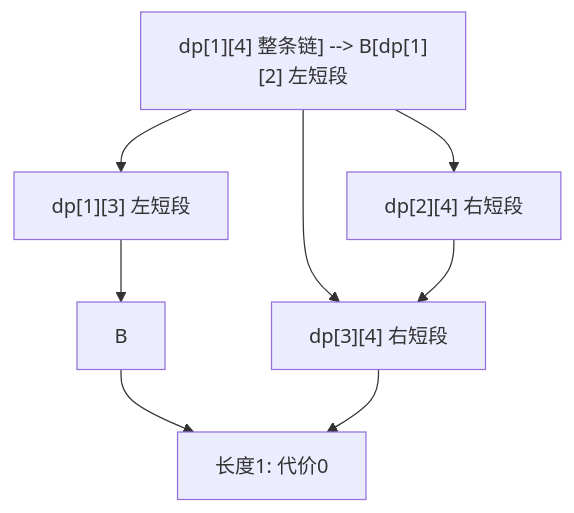
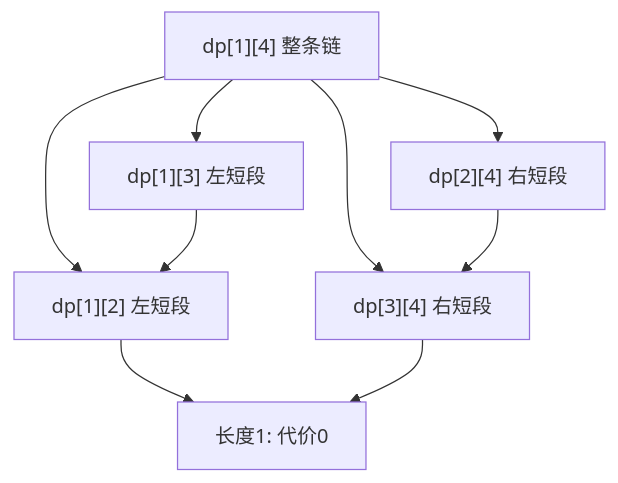
Before and after one commit to xhongduo-tech/xhongduo-tech.github.io: the second of 2 diagrams in docs/cs/interval-dp.md, drawn with Mermaid. The commit also changed 4 other files, not shown here.

````diff
--- a/docs/cs/interval-dp.md
+++ b/docs/cs/interval-dp.md
@@ -51,11 +51,11 @@
 ```mermaid
 flowchart TD
-  A["dp[1][4] 整条链] --> B[dp[1][2] 左短段"]
+  A["dp[1][4] 整条链"] --> B["dp[1][2] 左短段"]
   A --> C["dp[3][4] 右短段"]
   A --> D["dp[1][3] 左短段"]
   A --> E["dp[2][4] 右短段"]
   B --> F["长度1: 代价0"]
   C --> F
   D --> B
   E --> C
 ```
````
